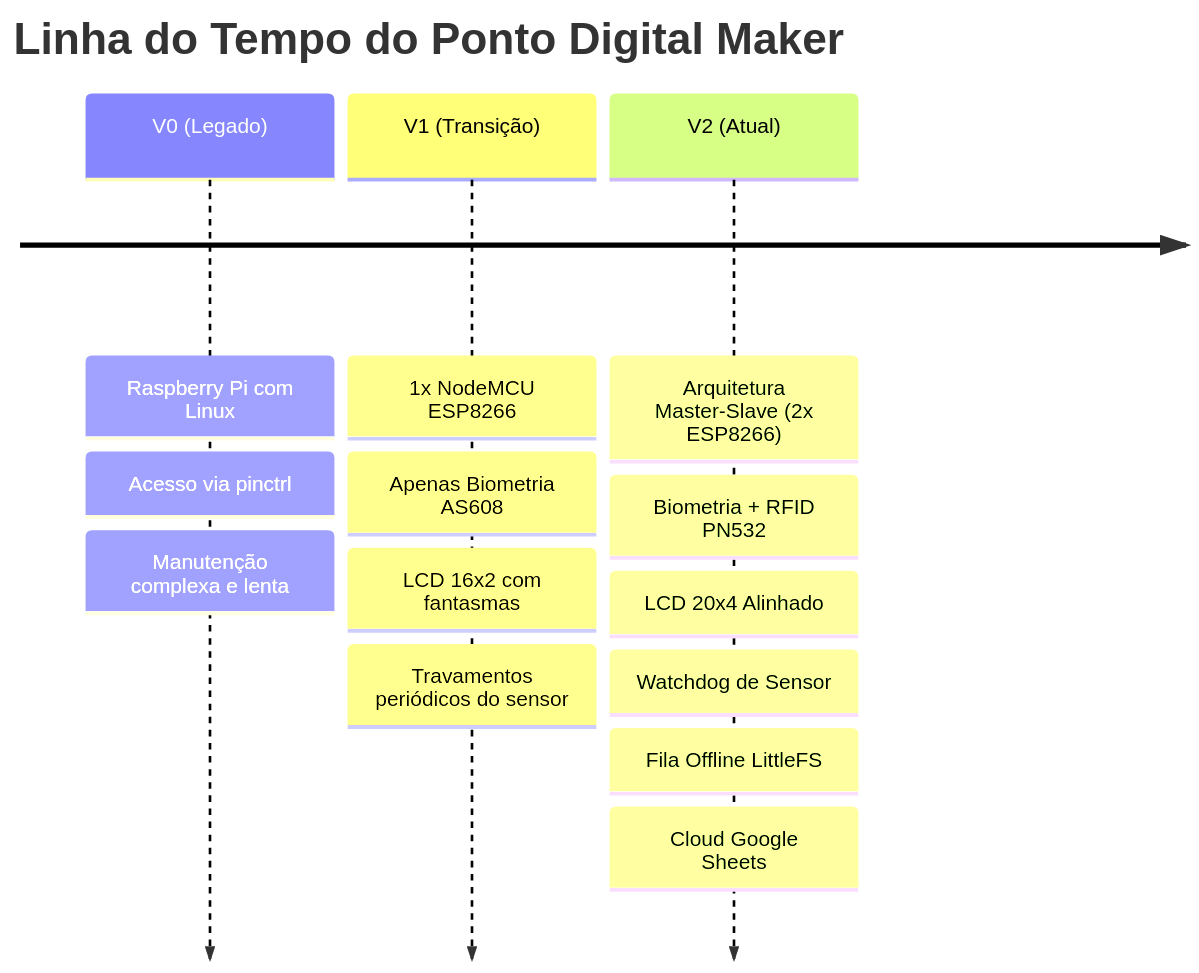
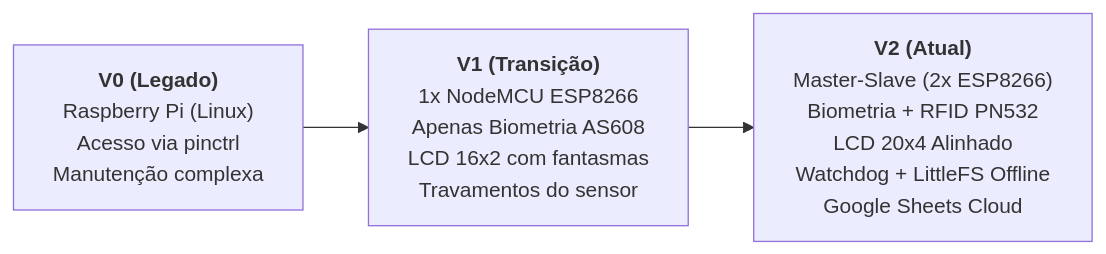
The first of 2 diagrams in README.md (victor-silverio/ponto-digital-maker), drawn with Mermaid before and after one commit. The commit also changed other lines of this file, not shown here.

Commit message:
fix(docs): corrige sintaxe de setas e aspas nos diagramas Mermaid do README

````diff
--- a/README.md
+++ b/README.md
@@ -39,7 +39,6 @@
 ```mermaid
-timeline
-    title Linha do Tempo do Ponto Digital Maker
-    V0 (Legado) : Raspberry Pi com Linux : Acesso via pinctrl : Manutenção complexa e lenta
-    V1 (Transição) : 1x NodeMCU ESP8266 : Apenas Biometria AS608 : LCD 16x2 com fantasmas : Travamentos periódicos do sensor
-    V2 (Atual) : Arquitetura Master-Slave (2x ESP8266) : Biometria + RFID PN532 : LCD 20x4 Alinhado : Watchdog de Sensor : Fila Offline LittleFS : Cloud Google Sheets
+flowchart LR
+    V0["<b>V0 (Legado)</b><br>Raspberry Pi (Linux)<br>Acesso via pinctrl<br>Manutenção complexa"]
+    --> V1["<b>V1 (Transição)</b><br>1x NodeMCU ESP8266<br>Apenas Biometria AS608<br>LCD 16x2 com fantasmas<br>Travamentos do sensor"]
+    --> V2["<b>V2 (Atual)</b><br>Master-Slave (2x ESP8266)<br>Biometria + RFID PN532<br>LCD 20x4 Alinhado<br>Watchdog + LittleFS Offline<br>Google Sheets Cloud"]
 ```
````
